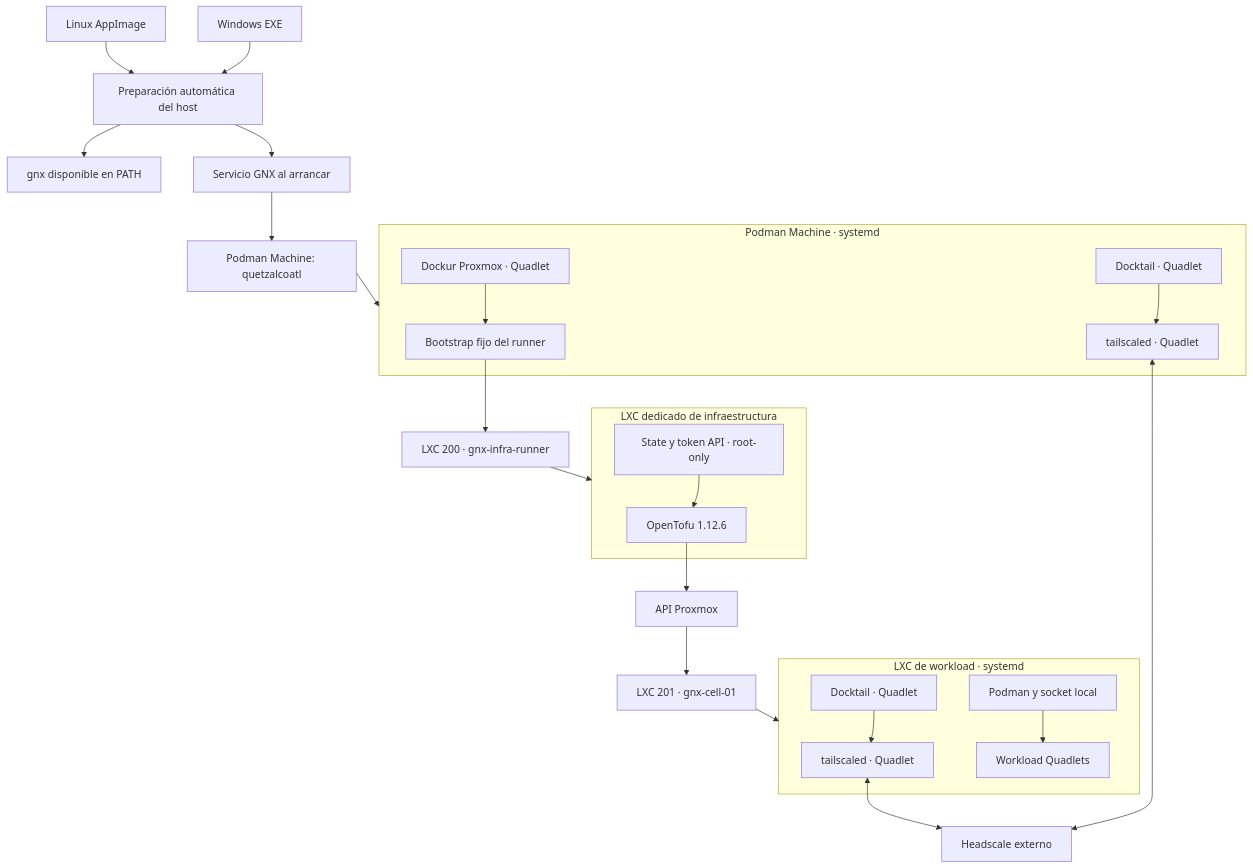
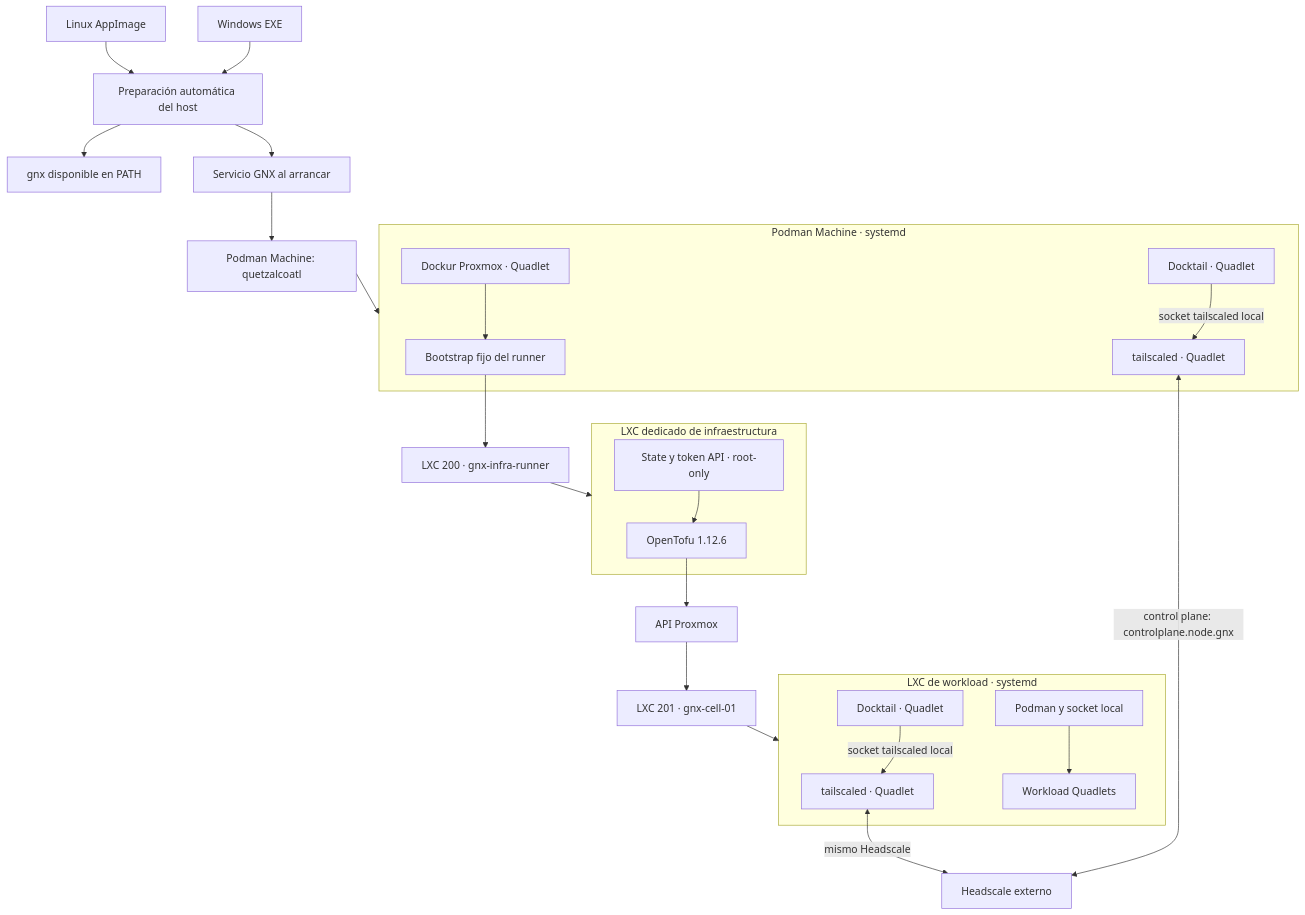
The second of 5 diagrams in docs/architecture.md (mayas-alas/quetzalcoatl), drawn with Mermaid before and after one commit. The commit also changed other lines of this file and 3 other files, not shown here.

Commit message:
docs: define Headscale bootstrap flow

````diff
--- a/docs/architecture.md
+++ b/docs/architecture.md
@@ -17,43 +44,43 @@
 ```mermaid
 flowchart TB
     WIN["Windows EXE"] --> PREP["Preparación automática del host"]
     LIN["Linux AppImage"] --> PREP
     PREP --> CLI["gnx disponible en PATH"]
     PREP --> HOST["Servicio GNX al arrancar"]
     HOST --> PM["Podman Machine: quetzalcoatl"]
 
     subgraph RUNTIME["Podman Machine · systemd"]
         TS["tailscaled · Quadlet"]
         DT["Docktail · Quadlet"]
         PVE["Dockur Proxmox · Quadlet"]
         BOOT["Bootstrap fijo del runner"]
     end
 
     PM --> RUNTIME
-    TS <--> HS["Headscale externo"]
-    DT --> TS
+    TS <-->|"control plane: controlplane.node.gnx"| HS["Headscale externo"]
+    DT -->|"socket tailscaled local"| TS
     PVE --> BOOT
     BOOT --> RUNNER["LXC 200 · gnx-infra-runner"]
 
     subgraph INFRA["LXC dedicado de infraestructura"]
         TOFU["OpenTofu 1.12.6"]
         STATE["State y token API · root-only"]
     end
 
     RUNNER --> INFRA
     STATE --> TOFU
     TOFU --> API["API Proxmox"]
     API --> CELL["LXC 201 · gnx-cell-01"]
 
     subgraph WORKLOAD["LXC de workload · systemd"]
         GTS["tailscaled · Quadlet"]
         GDT["Docktail · Quadlet"]
         POD["Podman y socket local"]
         Q["Workload Quadlets"]
     end
 
     CELL --> WORKLOAD
-    GTS <--> HS
-    GDT --> GTS
+    GTS <-->|"mismo Headscale"| HS
+    GDT -->|"socket tailscaled local"| GTS
     POD --> Q
 ```
````
